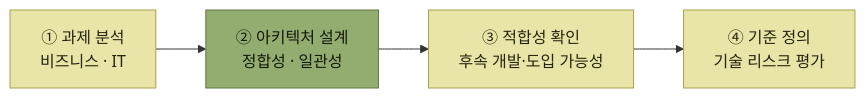
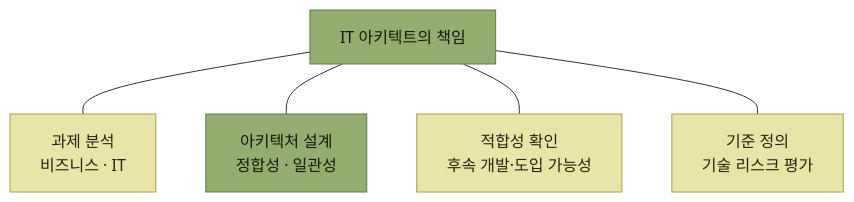
Before and after one commit to devholic22/logistics-backend-study: the first of 4 diagrams in books/아키텍트-첫걸음/1-아키텍트가-하는-일/4-아키텍트.md, drawn with Mermaid. The commit also changed other lines of this file and 4 other files, not shown here.

Commit message:
docs: address architect chapter review

````diff
--- a/books/아키텍트-첫걸음/1-아키텍트가-하는-일/4-아키텍트.md
+++ b/books/아키텍트-첫걸음/1-아키텍트가-하는-일/4-아키텍트.md
@@ -38,16 +38,18 @@
 ```mermaid
-flowchart LR
-    AN["① 과제 분석<br/>비즈니스 · IT"]
-    DS["② 아키텍처 설계<br/>정합성 · 일관성"]
-    VF["③ 적합성 확인<br/>후속 개발·도입 가능성"]
-    ST["④ 기준 정의<br/>기술 리스크 평가"]
+flowchart TB
+    ROLE["IT 아키텍트의 책임"]
+    AN["과제 분석<br/>비즈니스 · IT"]
+    DS["아키텍처 설계<br/>정합성 · 일관성"]
+    VF["적합성 확인<br/>후속 개발·도입 가능성"]
+    ST["기준 정의<br/>기술 리스크 평가"]
 
-    AN --> DS
-    DS --> VF
-    VF --> ST
+    ROLE --- AN
+    ROLE --- DS
+    ROLE --- VF
+    ROLE --- ST
 
     classDef sys fill:#e9e5a8,stroke:#a99f4d,color:#26240c
     classDef core fill:#93ad70,stroke:#5f7a44,color:#121a08
     class AN,VF,ST sys
-    class DS core
+    class ROLE,DS core
 ```
````
